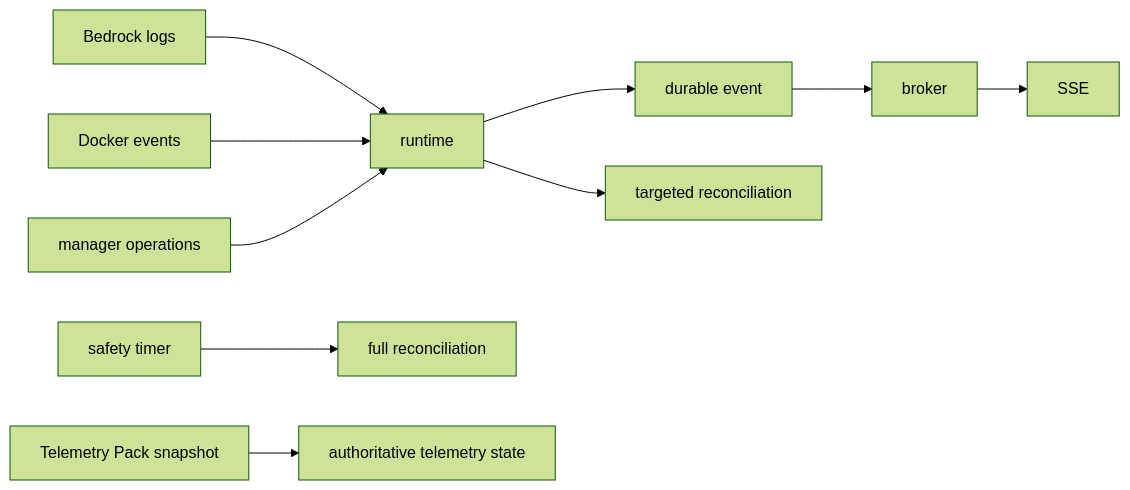
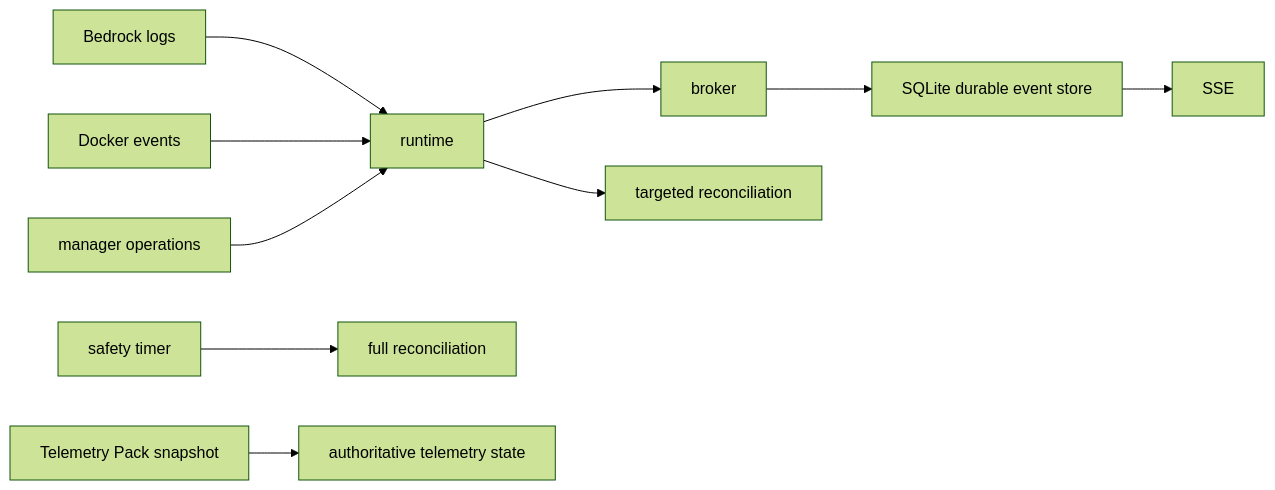
One commit to dgaramos/craftcontrol changed the fifth of 5 diagrams in docs/architecture.md. Above: the diagram before and after it, drawn with Mermaid (forest theme).

Commit message:
fix(docs): show durable event persistence

````diff
--- a/docs/architecture.md
+++ b/docs/architecture.md
@@ -101,10 +101,10 @@
 ```mermaid
 flowchart LR
     logs["Bedrock logs"] --> runtime["runtime"]
     docker["Docker events"] --> runtime
     operations["manager operations"] --> runtime
-    runtime --> event["durable event"] --> broker["broker"] --> sse["SSE"]
+    runtime --> broker["broker"] --> sqlite["SQLite durable event store"] --> sse["SSE"]
     runtime --> targeted["targeted reconciliation"]
     timer["safety timer"] --> full["full reconciliation"]
     snapshot["Telemetry Pack snapshot"] --> state["authoritative telemetry state"]
 ```
````
